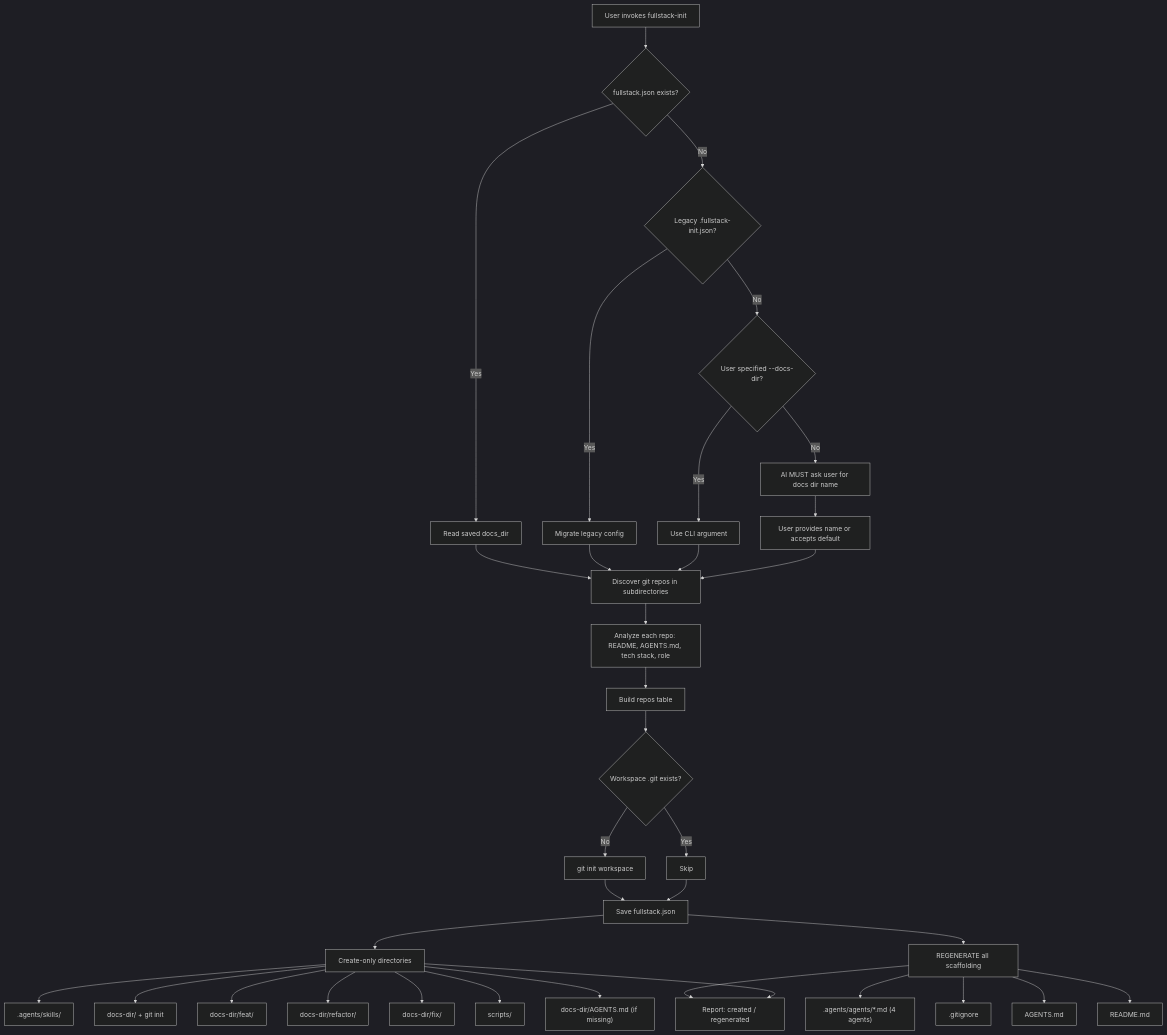
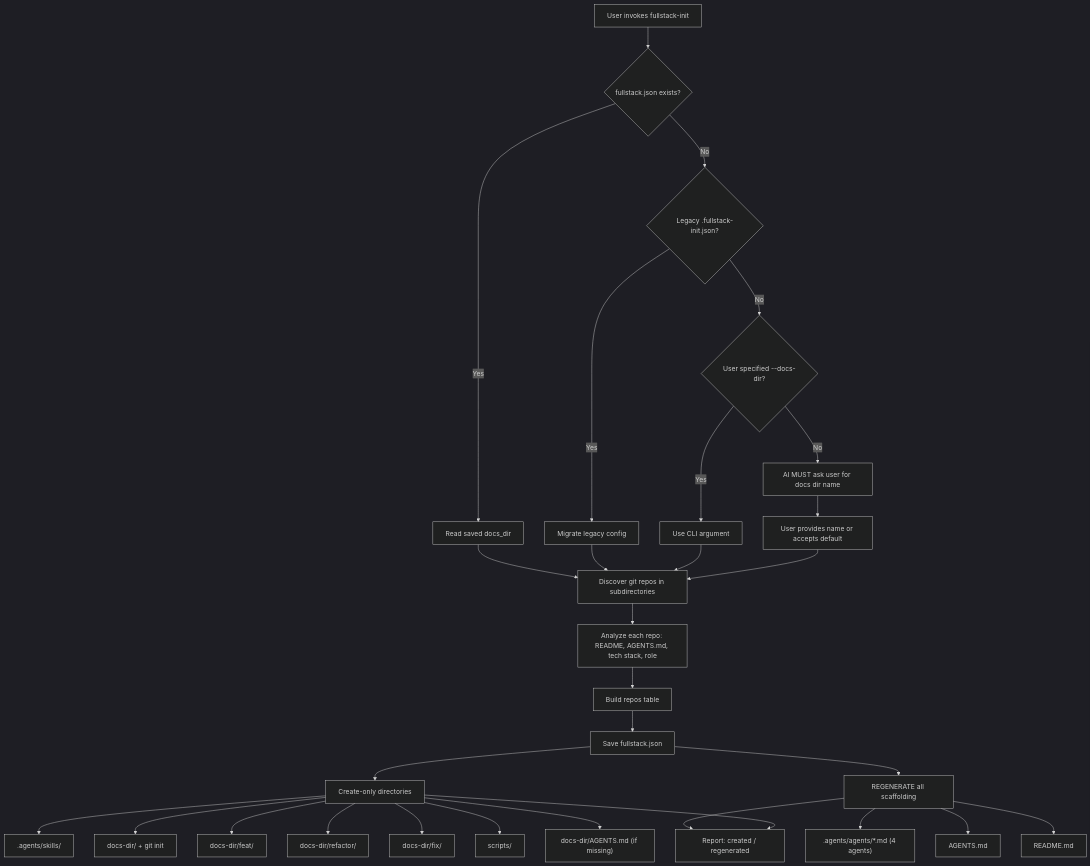
Before and after one commit to jie-meng/mythril-agent-skills: the diagram in docs/fullstack/FULLSTACK-INIT.md, drawn with Mermaid (dark theme). The commit also changed other lines of this file and 3 other files, not shown here.

First line of the commit message:
[fullstack-init] Remove workspace-level git repos

````diff
--- a/docs/fullstack/FULLSTACK-INIT.md
+++ b/docs/fullstack/FULLSTACK-INIT.md
@@ -44,44 +42,38 @@
 ```mermaid
 flowchart TD
     A[User invokes fullstack-init] --> B{fullstack.json exists?}
     B -- Yes --> C[Read saved docs_dir]
     B -- No --> D{Legacy .fullstack-init.json?}
     D -- Yes --> E[Migrate legacy config]
     D -- No --> F{User specified --docs-dir?}
     F -- Yes --> G[Use CLI argument]
     F -- No --> H[AI MUST ask user for docs dir name]
     H --> I[User provides name or accepts default]
 
     C --> J[Discover git repos in subdirectories]
     E --> J
     G --> J
     I --> J
 
     J --> K[Analyze each repo: README, AGENTS.md, tech stack, role]
     K --> L[Build repos table]
 
-    L --> M{Workspace .git exists?}
-    M -- No --> N[git init workspace]
-    M -- Yes --> O[Skip]
-
-    N --> P[Save fullstack.json]
-    O --> P
+    L --> P[Save fullstack.json]
 
     P --> Q[Create-only directories]
     Q --> Q1[.agents/skills/]
     Q --> Q3["docs-dir/ + git init"]
     Q --> Q4[docs-dir/feat/]
     Q --> Q5[docs-dir/refactor/]
     Q --> Q6[docs-dir/fix/]
     Q --> Q7[scripts/]
     Q --> Q8["docs-dir/AGENTS.md (if missing)"]
 
     P --> R["REGENERATE all scaffolding"]
     R --> R1[".agents/agents/*.md (4 agents)"]
-    R --> R2[.gitignore]
-    R --> R3[AGENTS.md]
-    R --> R4[README.md]
+    R --> R2[AGENTS.md]
+    R --> R3[README.md]
 
     R --> Y[Report: created / regenerated]
     Q --> Y
 ```
````
